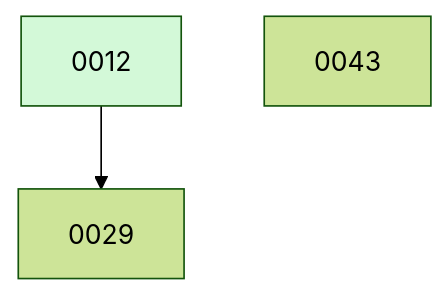
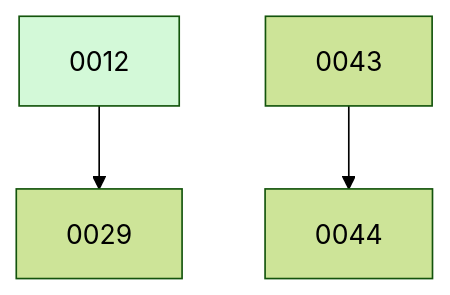
The diagram in docs/changes/BOARD.md (ethanhinson/fuse), drawn with Mermaid (forest theme) before and after one commit. The commit also changed other lines of this file, not shown here.

````diff
--- a/docs/changes/BOARD.md
+++ b/docs/changes/BOARD.md
@@ -17,7 +18,8 @@
 ```mermaid
 graph TD
   0012 --> 0029
   0043
+  0043 --> 0044
   0012:::done
   classDef done fill:#d3f9d8;
 ```
````
